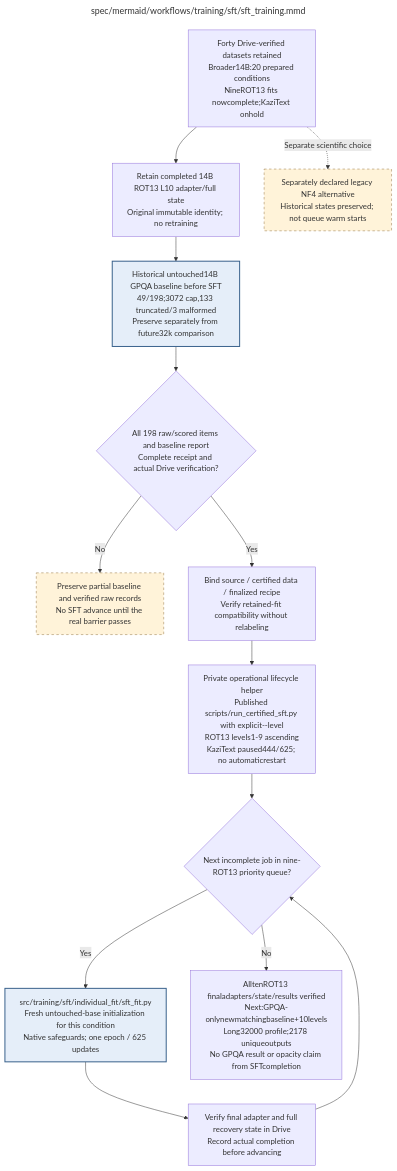
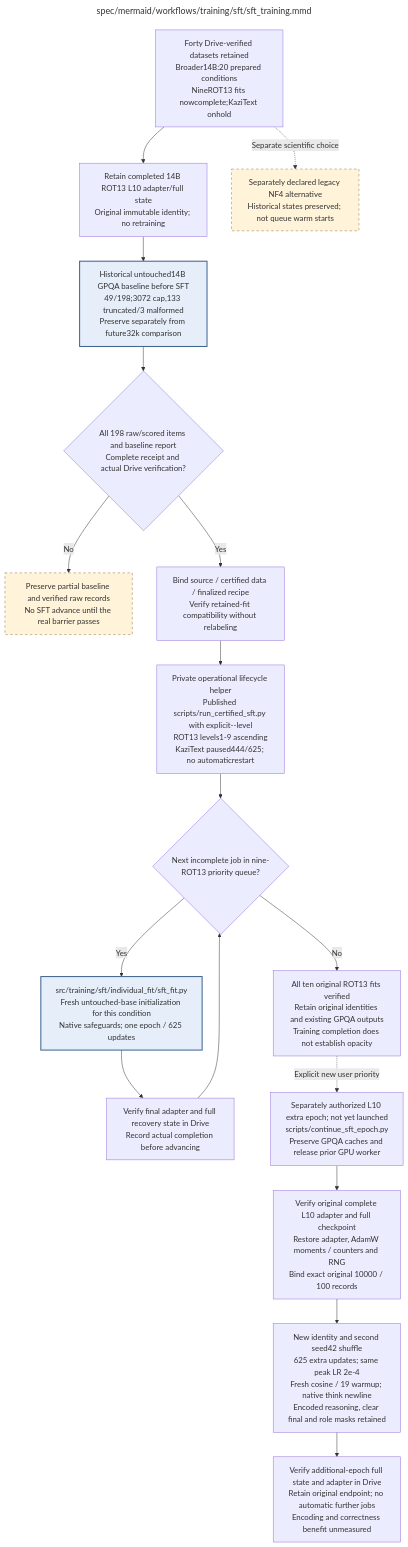
The diagram in spec/mermaid/workflows/training/sft/sft_training.mmd (AJUNNYC/inducing_persistent_textual_chain_of_thought_illegibility), drawn with Mermaid before and after one commit. The commit also changed 10 other files, not shown here.

Commit message:
Continue level-ten SFT with preserved optimizer and aligned native prefix

```diff
--- a/spec/mermaid/workflows/training/sft/sft_training.mmd
+++ b/spec/mermaid/workflows/training/sft/sft_training.mmd
@@ -1,51 +1,60 @@
 ---
 title: "spec/mermaid/workflows/training/sft/sft_training.mmd"
 ---
 flowchart TD
+%% 16Oct authorized separate ROT13 14B L10 additional epoch; not yet launched.
+%% Preserve original fits and GPQA caches; no automatic extra levels or GPQA reruns.
+%% Continuation restores parent adapter/AdamW/RNG; new identity, second shuffle, native newline.
+%% Same peak LR2e-4; fresh cosine625/warmup19. Combined change, benefit unmeasured.
 %% Current14Oct: nine-levelROT13queue COMPLETE, all625/finalDriveverified; retainedL10 alsocomplete.
 %% ROT13L1 native masks/recovery passed1x16/GCoff;checkpoint0 Drive-verified;3 busyGPU samples94-98%.
 %% Historicalstartup evidence below remains dated; alltencompleted fits nowhave final625 evidence.
 %% RetainedROT13L10 keeps old2ea4fb9 identity; laterdocumentation cannot relabel executed workers.
 %% Current priority uses private lifecycle helper -> published scripts/run_certified_sft.py explicitlevel.
 %% No scientific source/configuration/data/recipe change; source9de8813 remains executed identity.
 %% Forty prepared datasets retained; alltenROT13 fitscomplete, tenKaziText fitsuncompleted.
 %% Retain completed ROT13 14B L10 with immutable source 2ea4fb9/config 6f7e5048 identity.
 %% Baseline-only GPQA CLI needs no trained adapter; require real Diamond 198 completion and Drive verification.
 %% Executedpriorityworkflow: nineROT13 levels1-9 ascending; nowcomplete. KaziTextpaused444, noauto.
 %% Each starts from untouched pinned base; default efficient_one_epoch_v1 applies per fit.
 %% All 10,000 examples once; 625 updates/cosine horizon; 19 warmup; full targets/effective 16.
 %% BF16 base/head, exact full-gradient CCE, SDPA, plain AdamW; original LoRA/masks/LR unchanged.
 %% Requested 2 x 8; CUDA-OOM-only capacity fallback 1 x 16; recorded execution mode frozen for recovery.
 %% Checkpoints every 100/final 625, verified Drive outputs before advancement.
 %% $240 authorization retained; no new inferred hourly price or rate-based cutoff.
 %% Explicit UTC deadlines and safe user pauses remain separate controls.
 %% Historical 7B/NF4 outputs retained; no warm starts or success inferred from missing states.
 %% Child: FIT => individual_fit/sft_fit.mmd
     INPUT["Forty Drive-verified datasets retained<br/>Broader14B:20 prepared conditions<br/>NineROT13 fits nowcomplete;KaziText onhold"]
     RETAIN["Retain completed 14B ROT13 L10 adapter/full state<br/>Original immutable identity; no retraining"]
     BASE["Historical untouched14B GPQA baseline before SFT<br/>49/198;3072 cap,133 truncated/3 malformed<br/>Preserve separately from future32k comparison"]
     BARRIER{"All 198 raw/scored items and baseline report<br/>Complete receipt and actual Drive verification?"}
     WAIT["Preserve partial baseline and verified raw records<br/>No SFT advance until the real barrier passes"]
     BIND["Bind source / certified data / finalized recipe<br/>Verify retained-fit compatibility without relabeling"]
     ORDER["Private operational lifecycle helper<br/>Published scripts/run_certified_sft.py with explicit--level<br/>ROT13 levels1-9 ascending<br/>KaziText paused444/625; no automaticrestart"]
     NEXT{"Next incomplete job in nine-ROT13 priority queue?"}
     FIT["src/training/sft/individual_fit/sft_fit.py<br/>Fresh untouched-base initialization for this condition<br/>Native safeguards; one epoch / 625 updates"]
     SAVE["Verify final adapter and full recovery state in Drive<br/>Record actual completion before advancing"]
-    OUT["AlltenROT13 finaladapters/state/results verified<br/>Next:GPQA-onlynewmatchingbaseline+10levels<br/>Long32000 profile;2178 uniqueoutputs<br/>No GPQA result or opacity claim from SFTcompletion"]
+    OUT["All ten original ROT13 fits verified<br/>Retain original identities and existing GPQA outputs<br/>Training completion does not establish opacity"]
+    CONT["Separately authorized L10 extra epoch; not yet launched<br/>scripts/continue_sft_epoch.py<br/>Preserve GPQA caches and release prior GPU worker"]
+    PARENT["Verify original complete L10 adapter and full checkpoint<br/>Restore adapter, AdamW moments / counters and RNG<br/>Bind exact original 10000 / 100 records"]
+    EPOCH2["New identity and second seed42 shuffle<br/>625 extra updates; same peak LR 2e-4<br/>Fresh cosine / 19 warmup; native think newline<br/>Encoded reasoning, clear final and role masks retained"]
+    CONTOUT["Verify additional-epoch full state and adapter in Drive<br/>Retain original endpoint; no automatic further jobs<br/>Encoding and correctness benefit unmeasured"]
     LEGACY["Separately declared legacy NF4 alternative<br/>Historical states preserved; not queue warm starts"]
     INPUT --> RETAIN --> BASE --> BARRIER
     BARRIER -->|No| WAIT
     BARRIER -->|Yes| BIND --> ORDER --> NEXT
     NEXT -->|Yes| FIT --> SAVE --> NEXT
     NEXT -->|No| OUT
+    OUT -.->|Explicit new user priority| CONT --> PARENT --> EPOCH2 --> CONTOUT
     INPUT -.->|Separate scientific choice| LEGACY
     classDef detail fill:#e5eef9,stroke:#365f8a,stroke-width:2px
     class BASE,FIT detail
     classDef stop fill:#fff3d9,stroke:#95733f,stroke-dasharray:5 5
     class WAIT,LEGACY stop
 
 %% Repository module: src/training/sft/sft_training.py
 %% Module documentation: docs/modules/training/sft/sft_training.md
 %% Unit test: tests/unit/training/sft/test_sft_training.py
 %% Owner: sft
 %% Source sections: C.2; E.1.1-E.1.3; E.2.2,E.2.5; authorized efficient redesign/current queue
```
